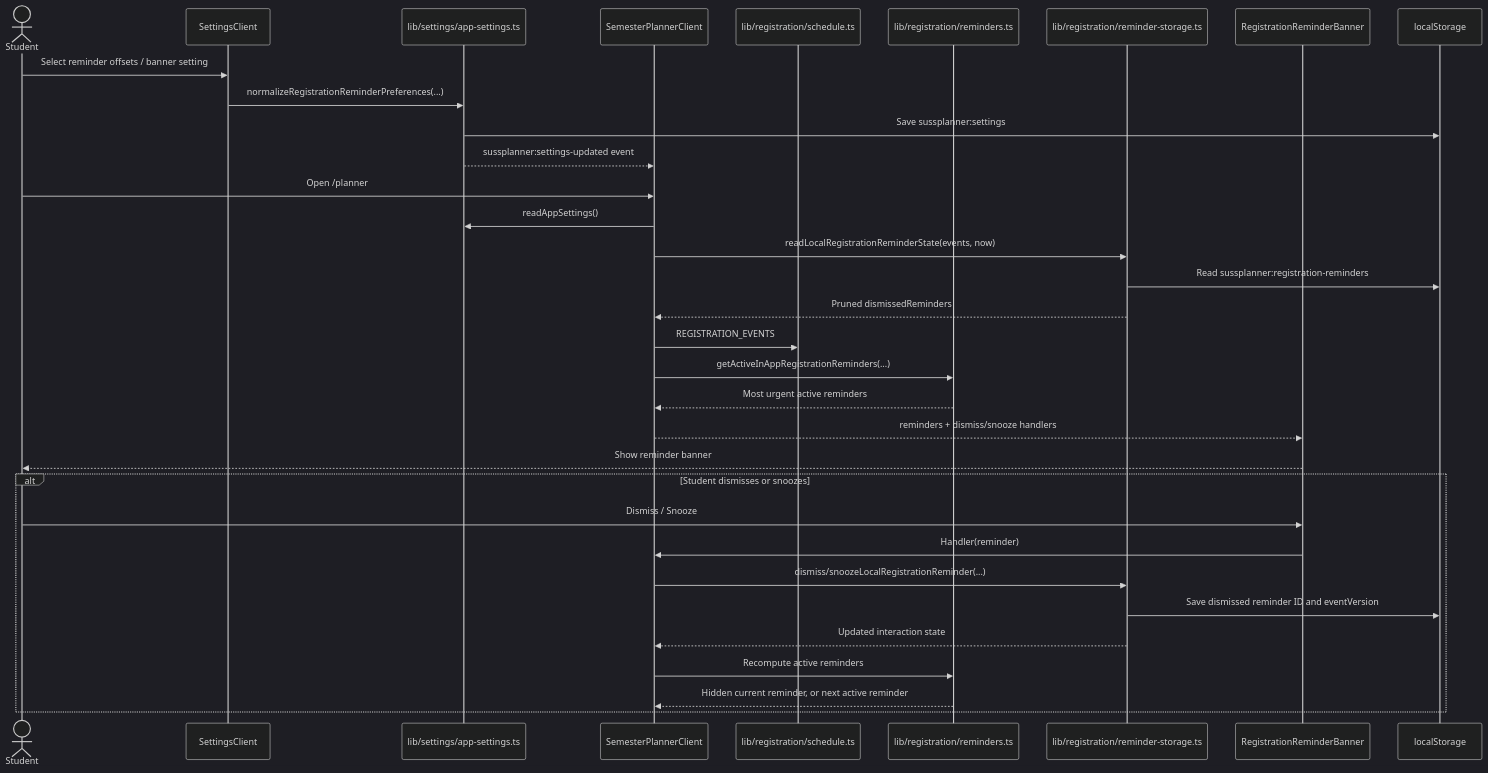
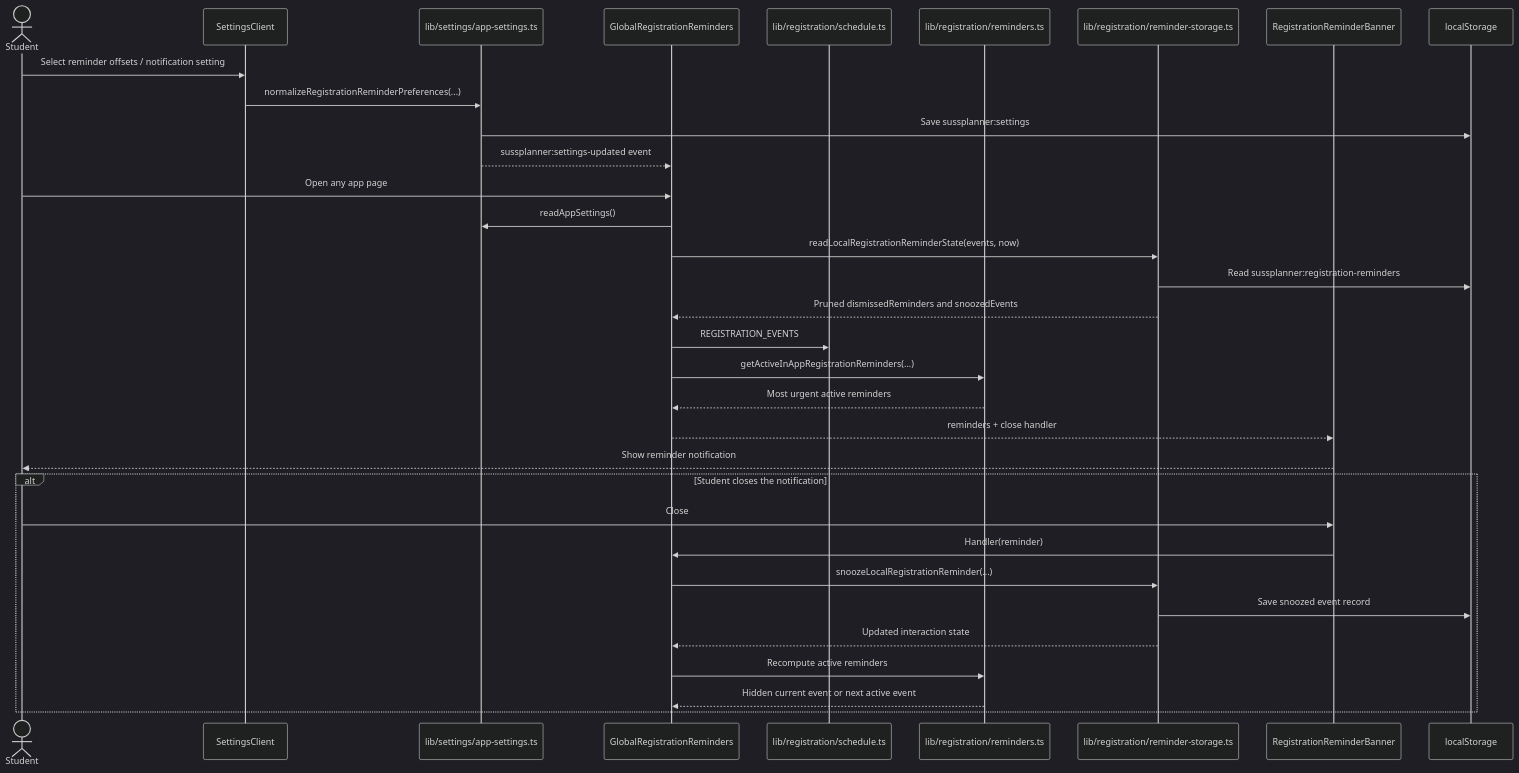
Before and after one commit to lester-td/SUSSplanner: diagram 17 of 18 in docs/DeveloperGuide.md, drawn with Mermaid (dark theme). The commit also changed other lines of this file and 7 other files, not shown here.

Commit message:
Make reminder close snooze the event

````diff
--- a/docs/DeveloperGuide.md
+++ b/docs/DeveloperGuide.md
@@ -1333,38 +1335,38 @@
 ```mermaid
 sequenceDiagram
     actor Student
     participant Settings as SettingsClient
     participant AppSettings as lib/settings/app-settings.ts
-    participant Planner as SemesterPlannerClient
+    participant ReminderHost as GlobalRegistrationReminders
     participant Schedule as lib/registration/schedule.ts
     participant Reminders as lib/registration/reminders.ts
     participant ReminderStore as lib/registration/reminder-storage.ts
-    participant Banner as RegistrationReminderBanner
+    participant Notification as RegistrationReminderBanner
     participant Browser as localStorage
 
-    Student->>Settings: Select reminder offsets / banner setting
+    Student->>Settings: Select reminder offsets / notification setting
     Settings->>AppSettings: normalizeRegistrationReminderPreferences(...)
     AppSettings->>Browser: Save sussplanner:settings
-    AppSettings-->>Planner: sussplanner:settings-updated event
+    AppSettings-->>ReminderHost: sussplanner:settings-updated event
 
-    Student->>Planner: Open /planner
-    Planner->>AppSettings: readAppSettings()
-    Planner->>ReminderStore: readLocalRegistrationReminderState(events, now)
+    Student->>ReminderHost: Open any app page
+    ReminderHost->>AppSettings: readAppSettings()
+    ReminderHost->>ReminderStore: readLocalRegistrationReminderState(events, now)
     ReminderStore->>Browser: Read sussplanner:registration-reminders
-    ReminderStore-->>Planner: Pruned dismissedReminders
-    Planner->>Schedule: REGISTRATION_EVENTS
-    Planner->>Reminders: getActiveInAppRegistrationReminders(...)
-    Reminders-->>Planner: Most urgent active reminders
-    Planner-->>Banner: reminders + dismiss/snooze handlers
-    Banner-->>Student: Show reminder banner
+    ReminderStore-->>ReminderHost: Pruned dismissedReminders and snoozedEvents
+    ReminderHost->>Schedule: REGISTRATION_EVENTS
+    ReminderHost->>Reminders: getActiveInAppRegistrationReminders(...)
+    Reminders-->>ReminderHost: Most urgent active reminders
+    ReminderHost-->>Notification: reminders + close handler
+    Notification-->>Student: Show reminder notification
 
-    alt Student dismisses or snoozes
-        Student->>Banner: Dismiss / Snooze
-        Banner->>Planner: Handler(reminder)
-        Planner->>ReminderStore: dismiss/snoozeLocalRegistrationReminder(...)
-        ReminderStore->>Browser: Save dismissed reminder ID and eventVersion
-        ReminderStore-->>Planner: Updated interaction state
-        Planner->>Reminders: Recompute active reminders
-        Reminders-->>Planner: Hidden current reminder, or next active reminder
+    alt Student closes the notification
+        Student->>Notification: Close
+        Notification->>ReminderHost: Handler(reminder)
+        ReminderHost->>ReminderStore: snoozeLocalRegistrationReminder(...)
+        ReminderStore->>Browser: Save snoozed event record
+        ReminderStore-->>ReminderHost: Updated interaction state
+        ReminderHost->>Reminders: Recompute active reminders
+        Reminders-->>ReminderHost: Hidden current event or next active event
     end
 ```
````
